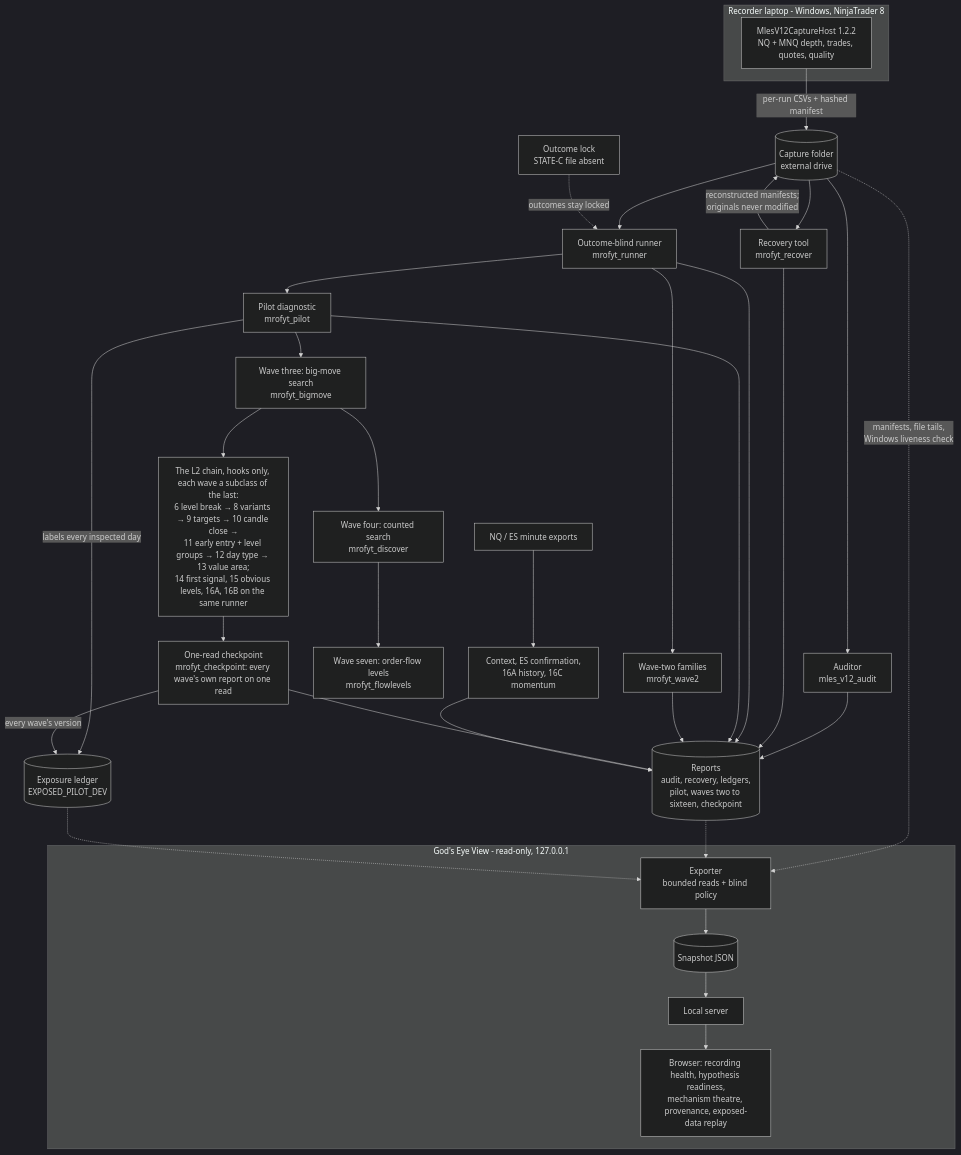
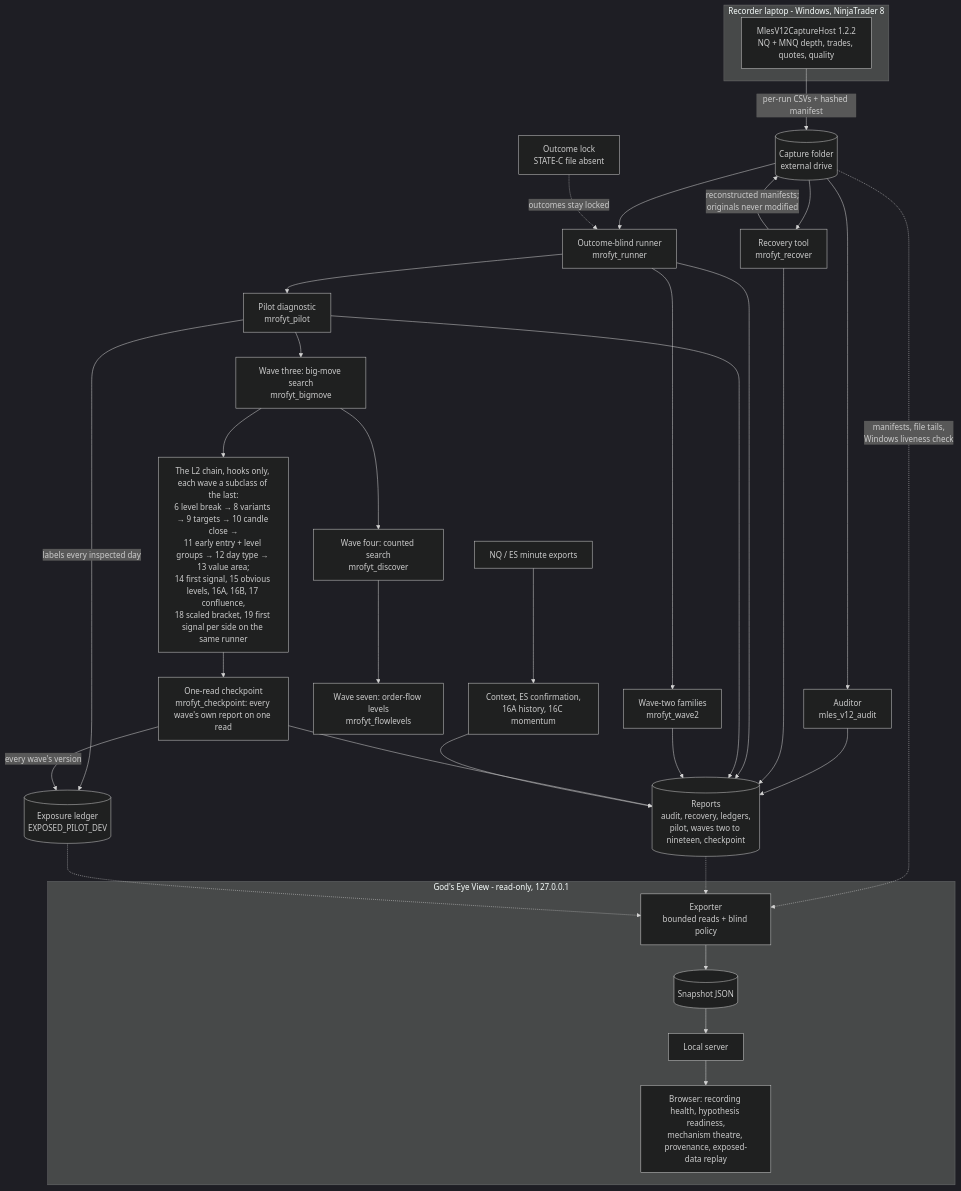
Before and after one commit to Heshh999/NGUQT: the second of 2 diagrams in README.md, drawn with Mermaid (dark theme). The commit also changed other lines of this file and 8 other files, not shown here.

First line of the commit message:
V43: wave nineteen, one first L2 signal from each side of a level

````diff
--- a/README.md
+++ b/README.md
@@ -85,37 +85,37 @@
 ```mermaid
 flowchart TB
     subgraph REC["Recorder laptop - Windows, NinjaTrader 8"]
         R["MlesV12CaptureHost 1.2.2<br/>NQ + MNQ depth, trades, quotes, quality"]
     end
     R -->|"per-run CSVs + hashed manifest"| CF[("Capture folder<br/>external drive")]
     CF --> AU["Auditor<br/>mles_v12_audit"]
     CF --> RC["Recovery tool<br/>mrofyt_recover"]
     RC -->|"reconstructed manifests;<br/>originals never modified"| CF
     CF --> RN["Outcome-blind runner<br/>mrofyt_runner"]
     RN --> PI["Pilot diagnostic<br/>mrofyt_pilot"]
     RN --> W2["Wave-two families<br/>mrofyt_wave2"]
     PI --> W3["Wave three: big-move search<br/>mrofyt_bigmove"]
     W3 --> W4["Wave four: counted search<br/>mrofyt_discover"]
     W4 --> W7["Wave seven: order-flow levels<br/>mrofyt_flowlevels"]
-    W3 --> CH["The L2 chain, hooks only, each wave a subclass of the last:<br/>6 level break → 8 variants → 9 targets → 10 candle close →<br/>11 early entry + level groups → 12 day type → 13 value area;<br/>14 first signal, 15 obvious levels, 16A, 16B on the same runner"]
+    W3 --> CH["The L2 chain, hooks only, each wave a subclass of the last:<br/>6 level break → 8 variants → 9 targets → 10 candle close →<br/>11 early entry + level groups → 12 day type → 13 value area;<br/>14 first signal, 15 obvious levels, 16A, 16B, 17 confluence,<br/>18 scaled bracket, 19 first signal per side on the same runner"]
     CH --> CP["One-read checkpoint<br/>mrofyt_checkpoint: every wave's own report on one read"]
     MB["NQ / ES minute exports"] --> CX["Context, ES confirmation,<br/>16A history, 16C momentum"]
     PI -->|"labels every inspected day"| LG[("Exposure ledger<br/>EXPOSED_PILOT_DEV")]
     CP -->|"every wave's version"| LG
-    AU --> RP[("Reports<br/>audit, recovery, ledgers,<br/>pilot, waves two to sixteen, checkpoint")]
+    AU --> RP[("Reports<br/>audit, recovery, ledgers,<br/>pilot, waves two to nineteen, checkpoint")]
     RC --> RP
     RN --> RP
     PI --> RP
     W2 --> RP
     CP --> RP
     CX --> RP
     LOCK["Outcome lock<br/>STATE-C file absent"] -.->|"outcomes stay locked"| RN
     subgraph GE["God's Eye View - read-only, 127.0.0.1"]
         EX["Exporter<br/>bounded reads + blind policy"] --> SN[("Snapshot JSON")]
         SN --> SV["Local server"]
         SV --> UI["Browser: recording health, hypothesis readiness,<br/>mechanism theatre, provenance, exposed-data replay"]
     end
     CF -.->|"manifests, file tails,<br/>Windows liveness check"| EX
     RP -.-> EX
     LG -.-> EX
 ```
````
